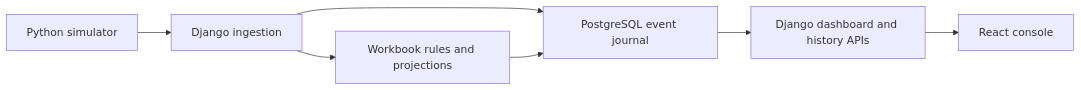
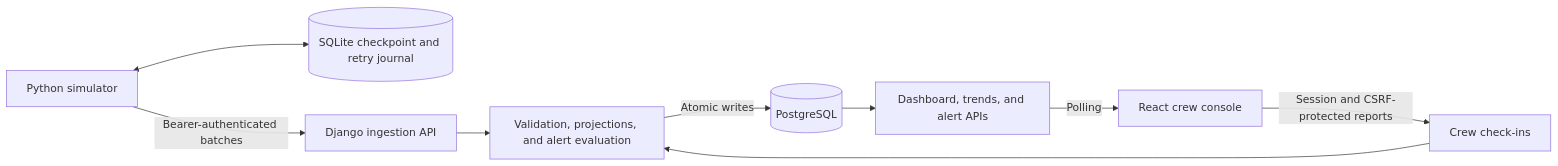
Before and after one commit to Farouk-elouassif/BioOrbit-Nasa-Space-Apps: the diagram in README.md, drawn with Mermaid. The commit also changed other lines of this file and 3 other files, not shown here.

````diff
--- a/README.md
+++ b/README.md
@@ -51,9 +25,11 @@
 ```mermaid
 flowchart LR
-    SIM[Python simulator] --> ING[Django ingestion]
-    ING --> PG[PostgreSQL event journal]
-    ING --> RULES[Workbook rules and projections]
-    RULES --> PG
-    PG --> API[Django dashboard and history APIs]
-    API --> UI[React console]
+    SIM[Python simulator] <--> STATE[(SQLite checkpoint and retry journal)]
+    SIM -->|Bearer-authenticated batches| ING[Django ingestion API]
+    UI[React crew console] -->|Session and CSRF-protected reports| CHECK[Crew check-ins]
+    ING --> PROCESS[Validation, projections, and alert evaluation]
+    CHECK --> PROCESS
+    PROCESS -->|Atomic writes| PG[(PostgreSQL)]
+    PG --> READ[Dashboard, trends, and alert APIs]
+    READ -->|Polling| UI
 ```
````
